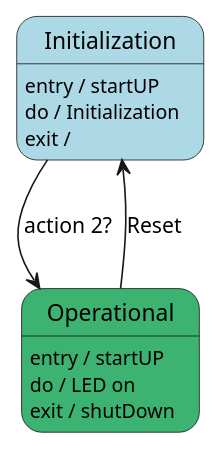
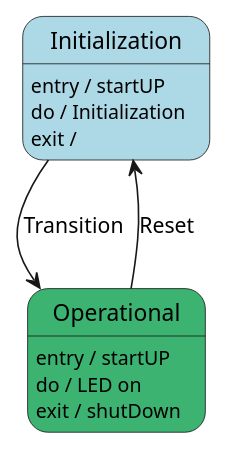
Before and after one commit to pall23-mech/EmbeddedSysGr1: the diagram in DynamicController/docs/diagrams/src/state_part1.puml, drawn with PlantUML.

Commit message:
changes to uml diagram part 1

```diff
--- a/DynamicController/docs/diagrams/src/state_part1.puml
+++ b/DynamicController/docs/diagrams/src/state_part1.puml
@@ -1,18 +1,18 @@
 @startuml State 1
 
 state "Initialization" as I #LightBlue
 I : entry / startUP
 I : do / Initialization
 I : exit / 
 
 state "Operational" as O #MediumSeaGreen
 O : entry / startUP
 O : do / LED on
 O : exit / shutDown
 
 
 O --> I : Reset
-I --> O : action 2?
+I --> O : Transition
 
 
 @enduml
```
